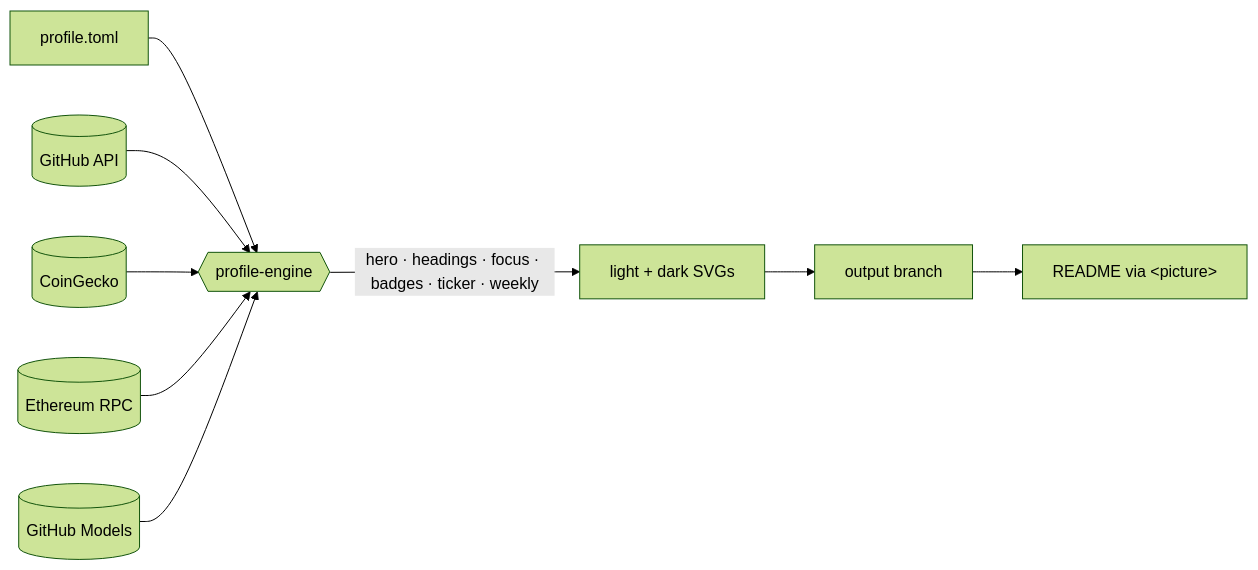
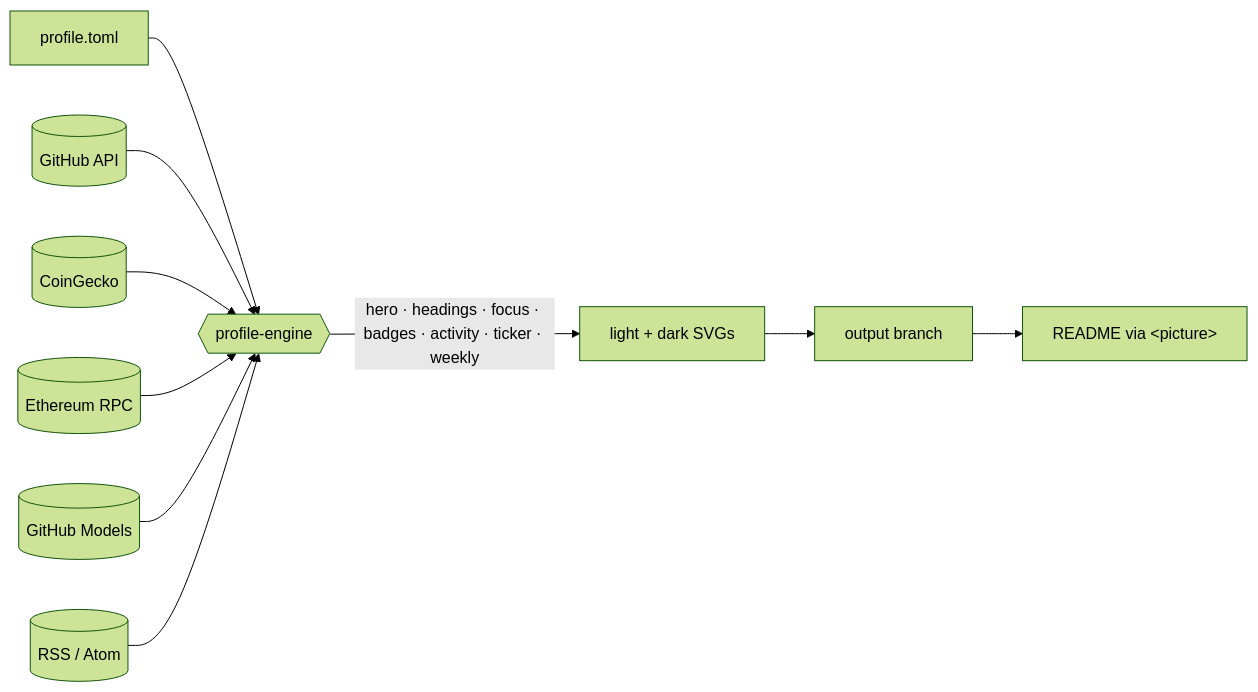
Before and after one commit to LucNIK/profile-engine: the diagram in README.md, drawn with Mermaid (forest theme). The commit also changed other lines of this file and 23 other files, not shown here.

First line of the commit message:
v1.1.0: activity feed, lighter SVGs, AI diagnostics, copyright

````diff
--- a/README.md
+++ b/README.md
@@ -34,11 +35,12 @@
 ```mermaid
 flowchart LR
     T[profile.toml] --> E{{profile-engine}}
     GH[(GitHub API)] --> E
     CG[(CoinGecko)] --> E
     RPC[(Ethereum RPC)] --> E
     GM[(GitHub Models)] --> E
-    E -->|hero · headings · focus · badges · ticker · weekly| S[light + dark SVGs]
+    RSS[(RSS / Atom)] --> E
+    E -->|hero · headings · focus · badges · activity · ticker · weekly| S[light + dark SVGs]
     S --> O[output branch]
     O --> R[README via &lt;picture&gt;]
 ```
````
